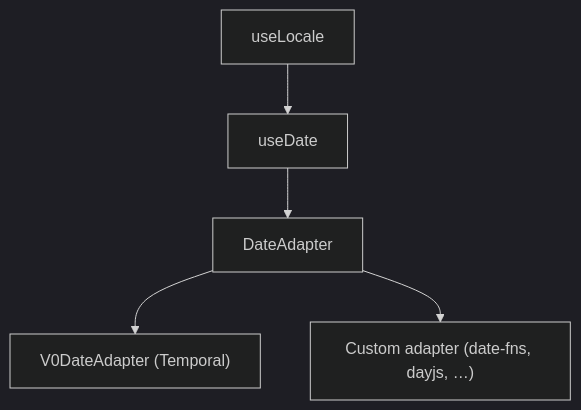
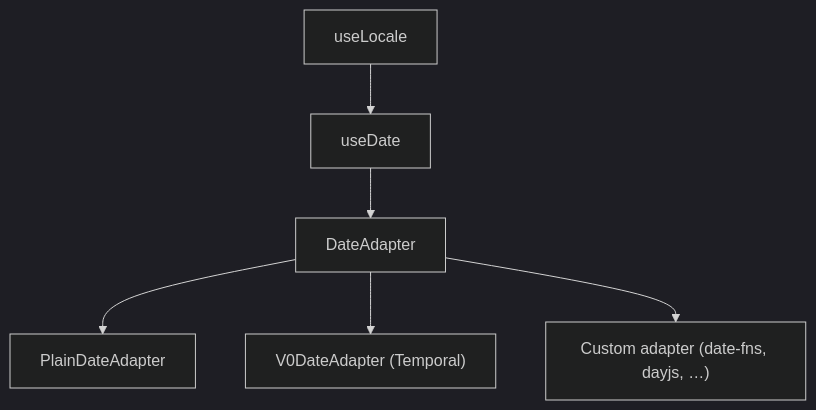
One commit to vuetifyjs/0 changed the second of 2 diagrams in apps/docs/src/pages/composables/plugins/use-date.md. Above: the diagram before and after it, drawn with Mermaid (dark theme). The commit also changed other lines of this file and 12 other files, not shown here.

First line of the commit message:
feat(useDate): default to a plain JavaScript Date adapter

````diff
--- a/apps/docs/src/pages/composables/plugins/use-date.md
+++ b/apps/docs/src/pages/composables/plugins/use-date.md
@@ -344,13 +345,15 @@
 ```mermaid "useDate Architecture"
 flowchart TD
   Locale["useLocale"]
   UD["useDate"]:::primary
   Adapter["DateAdapter"]
+  Plain["PlainDateAdapter"]
   V0["V0DateAdapter (Temporal)"]
   Custom["Custom adapter (date-fns, dayjs, …)"]
 
   Locale --> UD
   UD --> Adapter
+  Adapter --> Plain
   Adapter --> V0
   Adapter --> Custom
 ```
````
